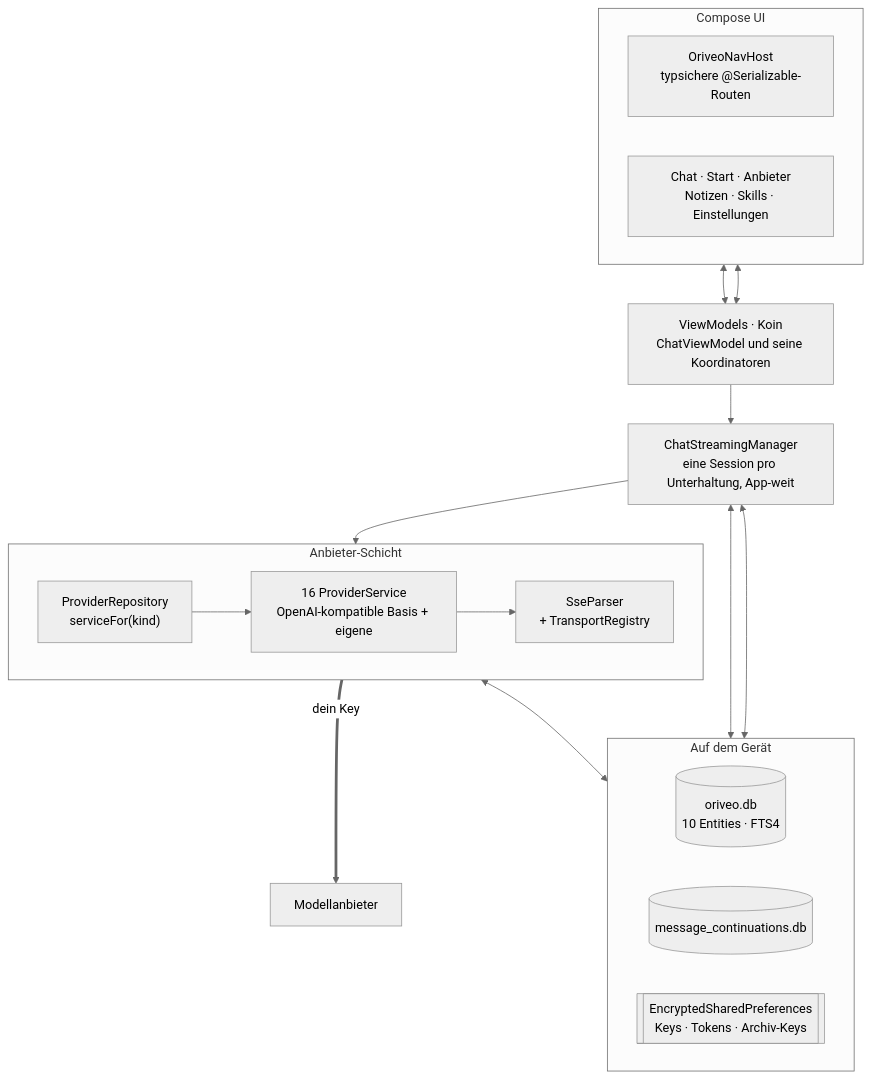
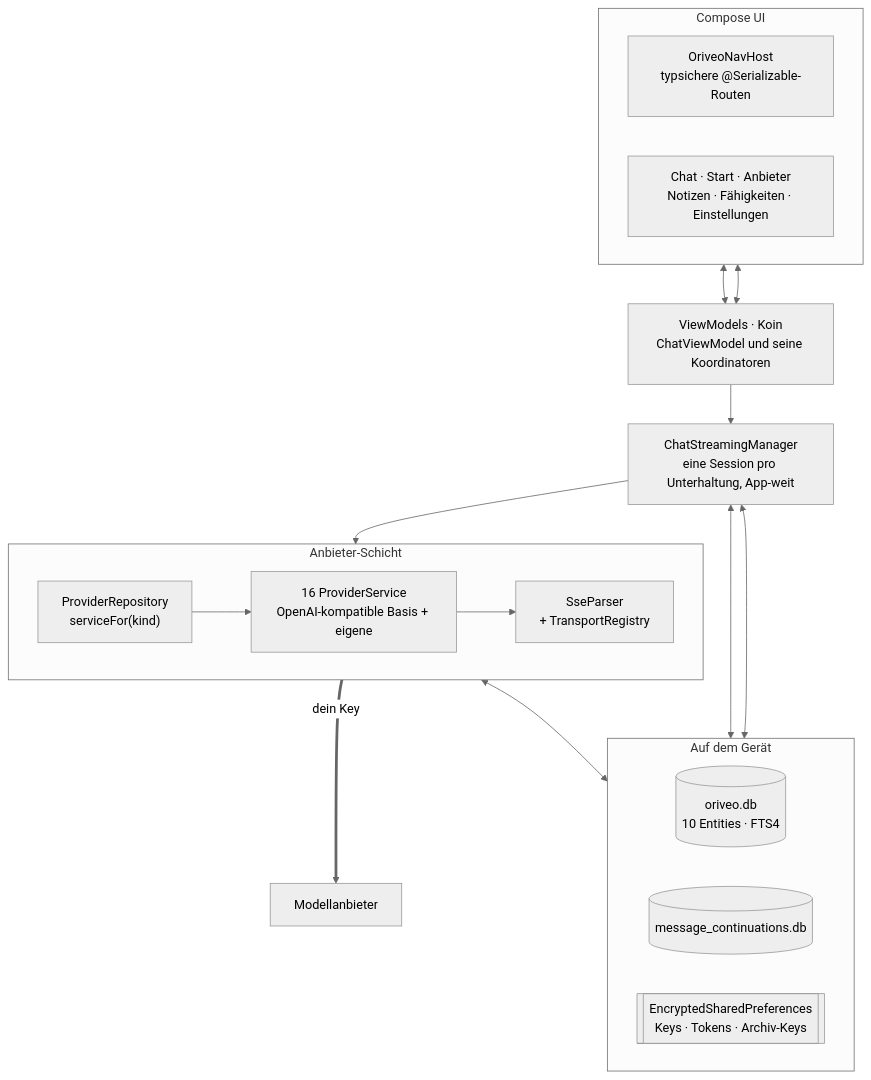
The diagram in readme_i18n/de/android.md (oriveo/oriveo), drawn with Mermaid (neutral theme) before and after one commit. The commit also changed other lines of this file and 89 other files, not shown here.

````diff
--- a/readme_i18n/de/android.md
+++ b/readme_i18n/de/android.md
@@ -47,34 +47,34 @@
 ```mermaid
 flowchart TB
     subgraph ui ["Compose UI"]
         direction LR
         nav["OriveoNavHost<br/>typsichere @Serializable-Routen"]
-        screens["Chat · Start · Anbieter<br/>Notizen · Skills · Einstellungen"]
+        screens["Chat · Start · Anbieter<br/>Notizen · Fähigkeiten · Einstellungen"]
     end
 
     vms["ViewModels · Koin<br/>ChatViewModel und seine Koordinatoren"]
 
     streaming["ChatStreamingManager<br/>eine Session pro Unterhaltung, App-weit"]
 
     subgraph data ["Auf dem Gerät"]
         direction LR
         room[("oriveo.db<br/>10 Entities · FTS4")]
         cont[("message_continuations.db")]
         keys[["EncryptedSharedPreferences<br/>Keys · Tokens · Archiv-Keys"]]
     end
 
     subgraph net ["Anbieter-Schicht"]
         direction LR
         repo["ProviderRepository<br/>serviceFor(kind)"]
         svc["16 ProviderService<br/>OpenAI-kompatible Basis + eigene"]
         sse["SseParser<br/>+ TransportRegistry"]
     end
 
     nav & screens <--> vms
     vms --> streaming
     streaming --> repo
     repo --> svc --> sse
     streaming <--> room & cont
     svc <--> keys
     sse ==>|"dein Key"| up["Modellanbieter"]
 ```
````
